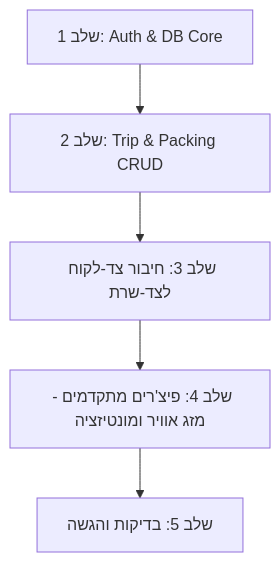
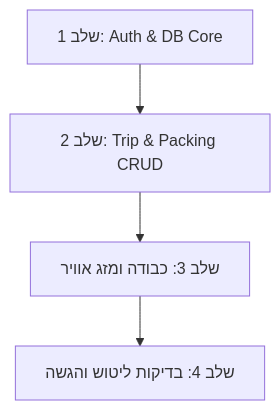
The diagram in DEV_PLAN.md (kamper83-stack/packing-app), drawn with Mermaid before and after one commit. The commit also changed other lines of this file, not shown here.

````diff
--- a/DEV_PLAN.md
+++ b/DEV_PLAN.md
@@ -37,7 +37,6 @@
 ```mermaid
 graph TD
     M1[שלב 1: Auth & DB Core] --> M2[שלב 2: Trip & Packing CRUD]
-    M2 --> M3[שלב 3: חיבור צד-לקוח לצד-שרת]
-    M3 --> M4[שלב 4: פיצ'רים מתקדמים - מזג אוויר ומונטיזציה]
-    M4 --> M5[שלב 5: בדיקות והגשה]
+    M2 --> M3[שלב 3: כבודה ומזג אוויר]
+    M3 --> M4[שלב 4: בדיקות ליטוש והגשה]
 ```
````
